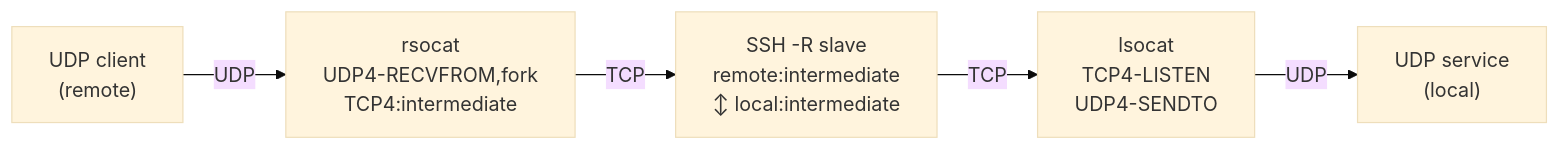
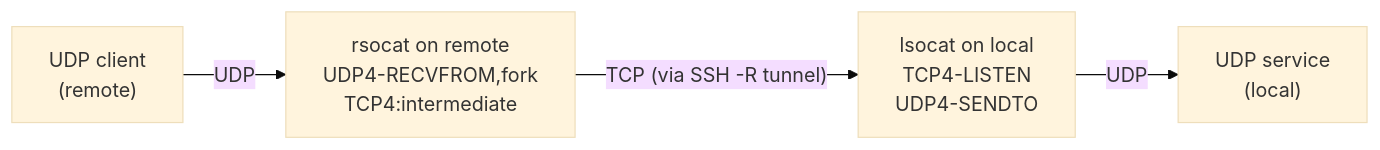
One commit to mashb1t/susops changed the third of 3 diagrams in CLAUDE.md. Above: the diagram before and after it, drawn with Mermaid (base theme). The commit also changed 1 other file, not shown here.

Commit message:
docs: fix remote UDP diagram — SSH -R slave runs locally, not on a third host

````diff
--- a/CLAUDE.md
+++ b/CLAUDE.md
@@ -164,7 +164,6 @@
   ```mermaid
   flowchart LR
-      RClient["UDP client\n(remote)"] -->|UDP| RSOcat["rsocat\nUDP4-RECVFROM,fork\nTCP4:intermediate"]
-      RSOcat -->|TCP| Slave["SSH -R slave\nremote:intermediate\n↕ local:intermediate"]
-      Slave -->|TCP| LSOcat["lsocat\nTCP4-LISTEN\nUDP4-SENDTO"]
+      RClient["UDP client\n(remote)"] -->|UDP| RSOcat["rsocat on remote\nUDP4-RECVFROM,fork\nTCP4:intermediate"]
+      RSOcat -->|"TCP (via SSH -R tunnel)"| LSOcat["lsocat on local\nTCP4-LISTEN\nUDP4-SENDTO"]
       LSOcat -->|UDP| Service["UDP service\n(local)"]
   ```
````
